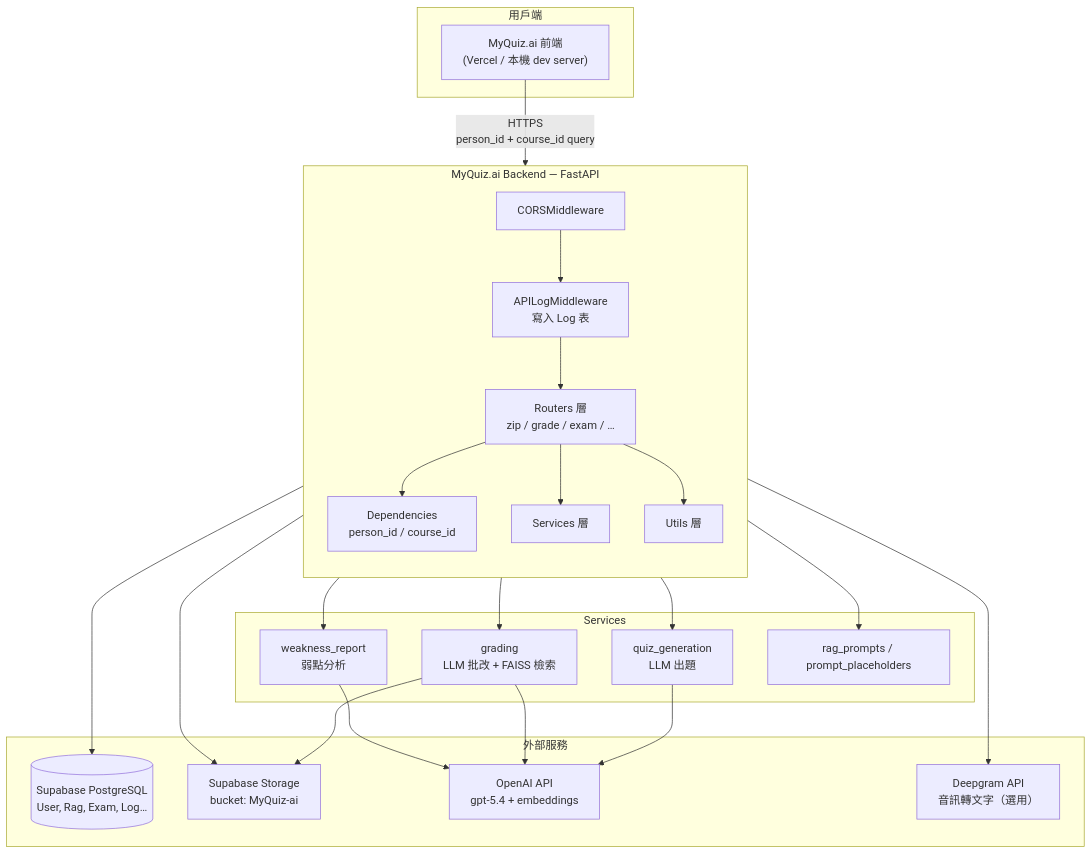
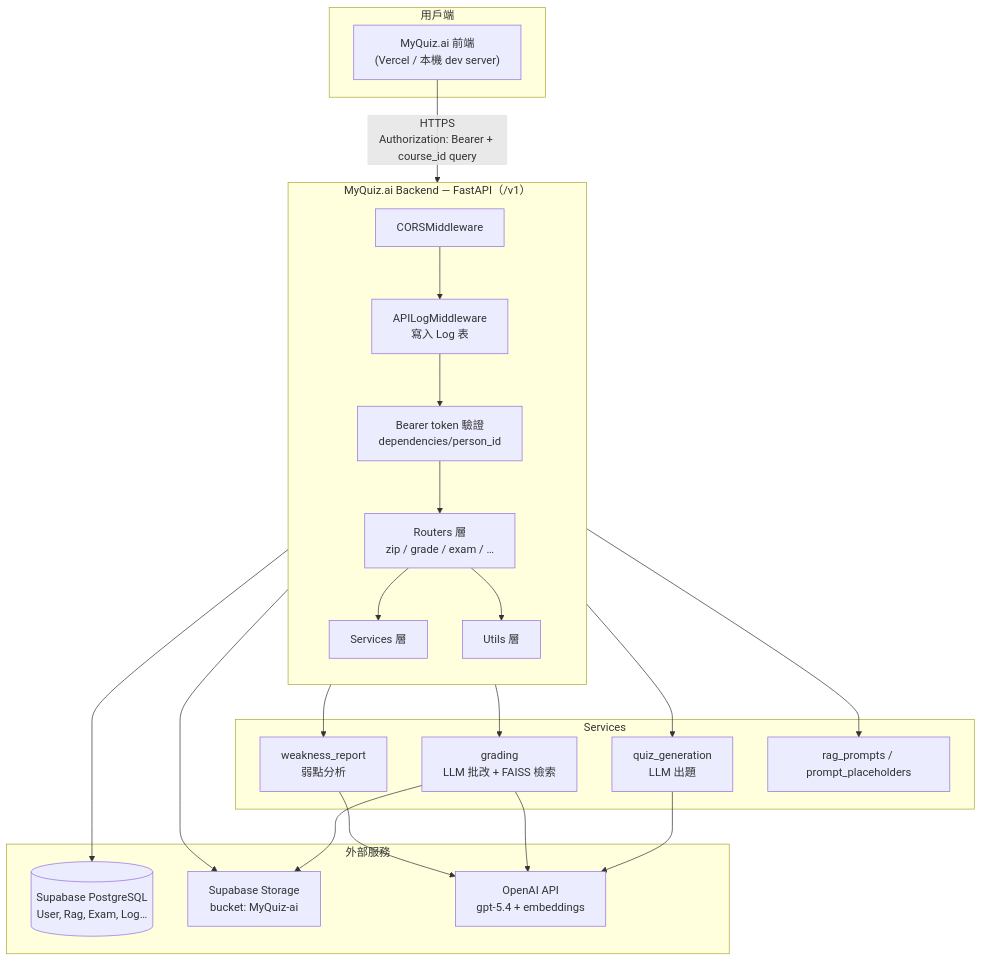
One commit to kevin7261/MyQuiz-ai-backend changed the first of 6 diagrams in README.md. Above: the diagram before and after it, drawn with Mermaid. The commit also changed other lines of this file, not shown here.

First line of the commit message:
Update README.md to Reflect API Versioning and Authentication Changes

````diff
--- a/README.md
+++ b/README.md
@@ -62,48 +69,46 @@
 ```mermaid
 flowchart TB
     subgraph Client["用戶端"]
         FE["MyQuiz.ai 前端<br/>(Vercel / 本機 dev server)"]
     end
 
-    subgraph Backend["MyQuiz.ai Backend — FastAPI"]
+    subgraph Backend["MyQuiz.ai Backend — FastAPI（/v1）"]
         direction TB
         CORS["CORSMiddleware"]
         LOG["APILogMiddleware<br/>寫入 Log 表"]
+        AUTH["Bearer token 驗證<br/>dependencies/person_id"]
         ROUTERS["Routers 層<br/>zip / grade / exam / …"]
-        DEPS["Dependencies<br/>person_id / course_id"]
         SERVICES["Services 層"]
         UTILS["Utils 層"]
     end
 
     subgraph ServicesDetail["Services"]
         QG["quiz_generation<br/>LLM 出題"]
         GR["grading<br/>LLM 批改 + FAISS 檢索"]
         WR["weakness_report<br/>弱點分析"]
         RAGP["rag_prompts / prompt_placeholders"]
     end
 
     subgraph External["外部服務"]
         PG[("Supabase PostgreSQL<br/>User, Rag, Exam, Log…")]
         ST["Supabase Storage<br/>bucket: MyQuiz-ai"]
         OAI["OpenAI API<br/>gpt-5.4 + embeddings"]
-        DG["Deepgram API<br/>音訊轉文字（選用）"]
     end
 
-    FE -->|"HTTPS<br/>person_id + course_id query"| CORS
+    FE -->|"HTTPS<br/>Authorization: Bearer + course_id query"| CORS
     CORS --> LOG
-    LOG --> ROUTERS
-    ROUTERS --> DEPS
+    LOG --> AUTH
+    AUTH --> ROUTERS
     ROUTERS --> SERVICES
     ROUTERS --> UTILS
     SERVICES --> QG
     SERVICES --> GR
     SERVICES --> WR
     SERVICES --> RAGP
     UTILS --> PG
     UTILS --> ST
     QG --> OAI
     GR --> OAI
     GR --> ST
     WR --> OAI
-    UTILS --> DG
 ```
````
